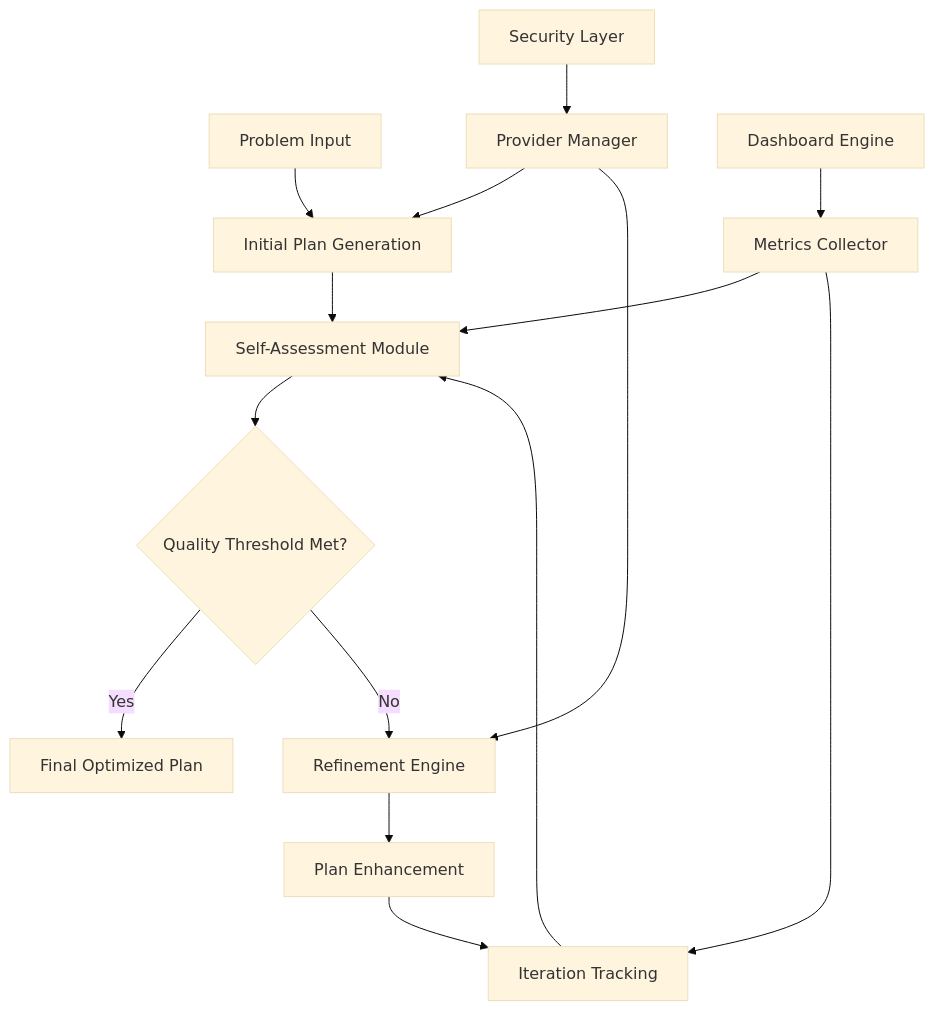
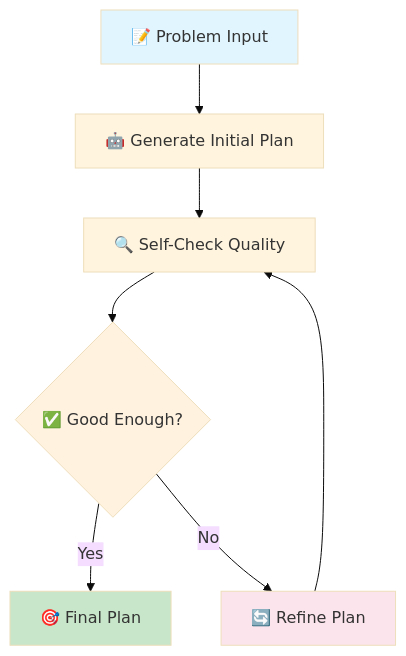
The diagram in README.md (moelhaj996/SRLP), drawn with Mermaid (base theme) before and after one commit. The commit also changed other lines of this file, not shown here.

````diff
--- a/README.md
+++ b/README.md
@@ -28,18 +28,14 @@
 ```mermaid
 graph TD
-    A[Problem Input] --> B[Initial Plan Generation]
-    B --> C[Self-Assessment Module]
-    C --> D{Quality Threshold Met?}
-    D -->|Yes| E[Final Optimized Plan]
-    D -->|No| F[Refinement Engine]
-    F --> G[Plan Enhancement]
-    G --> H[Iteration Tracking]
-    H --> C
+    A[📝 Problem Input] --> B[🤖 Generate Initial Plan]
+    B --> C[🔍 Self-Check Quality]
+    C --> D{✅ Good Enough?}
+    D -->|Yes| E[🎯 Final Plan]
+    D -->|No| F[🔄 Refine Plan]
+    F --> C
     
-    I[Provider Manager] --> B
-    I --> F
-    J[Metrics Collector] --> C
-    J --> H
-    K[Security Layer] --> I
-    L[Dashboard Engine] --> J
+    style A fill:#e1f5fe
+    style E fill:#c8e6c9
+    style D fill:#fff3e0
+    style F fill:#fce4ec
 ```
````
